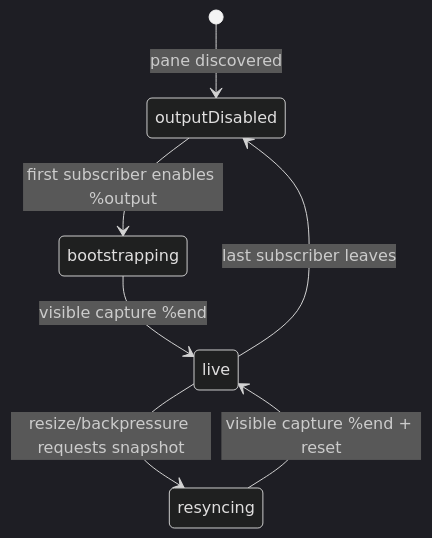
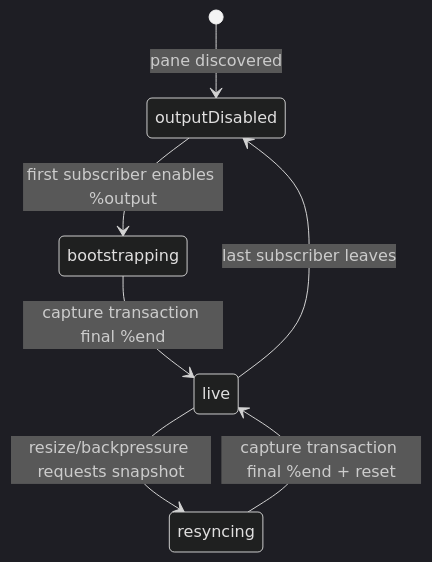
One commit to jicezeng/ctrlx changed the third of 12 diagrams in docs/streaming-architecture.md. Above: the diagram before and after it, drawn with Mermaid (dark theme). The commit also changed other lines of this file and 10 other files, not shown here.

````diff
--- a/docs/streaming-architecture.md
+++ b/docs/streaming-architecture.md
@@ -107,9 +110,9 @@
 ```mermaid
 stateDiagram-v2
     [*] --> outputDisabled: pane discovered
     outputDisabled --> bootstrapping: first subscriber enables %output
-    bootstrapping --> live: visible capture %end
+    bootstrapping --> live: capture transaction final %end
     live --> resyncing: resize/backpressure requests snapshot
-    resyncing --> live: visible capture %end + reset
+    resyncing --> live: capture transaction final %end + reset
     live --> outputDisabled: last subscriber leaves
 ```
````
